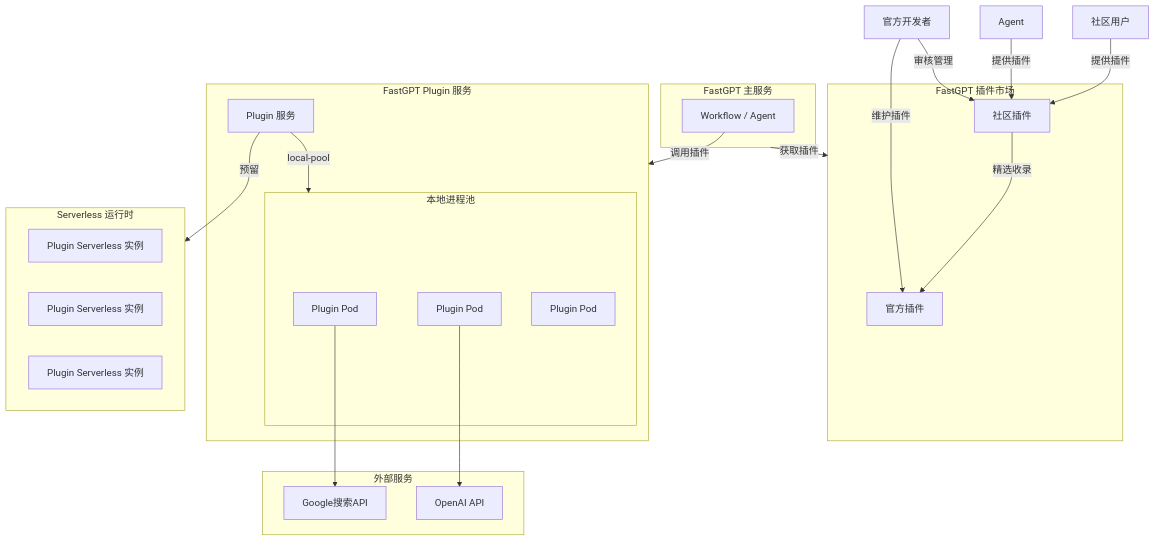
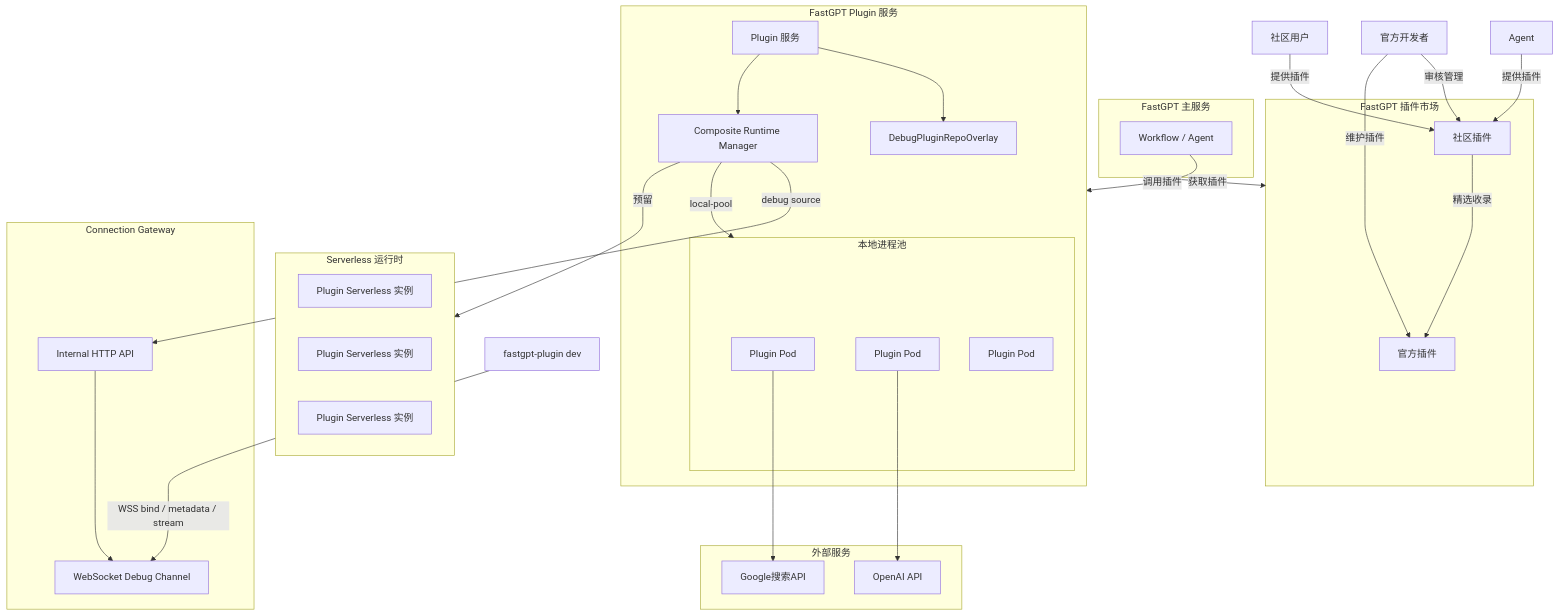
Before and after one commit to labring/fastgpt-plugin: the first of 2 diagrams in docs/dev/design.zh.md, drawn with Mermaid. The commit also changed other lines of this file and 111 other files, not shown here.

````diff
--- a/docs/dev/design.zh.md
+++ b/docs/dev/design.zh.md
@@ -30,49 +34,63 @@
 ```mermaid
 flowchart TB
     subgraph Marketplace["FastGPT 插件市场"]
         Official["官方插件"]
         Community["社区插件"]
         Community --> |精选收录| Official
     end
 
     CommunityUser["社区用户"]
     Maintainer["官方开发者"]
     Agent["Agent"]
 
     CommunityUser -->|提供插件| Community
     Agent --> |提供插件| Community
     Maintainer --> |审核管理| Community
     Maintainer -->|维护插件| Official
 
     subgraph FastGPT["FastGPT 主服务"]
         Workflow["Workflow / Agent"]
     end
 
     subgraph Plugin["FastGPT Plugin 服务"]
         PluginServer["Plugin 服务"]
+        DebugOverlay["DebugPluginRepoOverlay"]
+        RuntimeRouter["Composite Runtime Manager"]
         subgraph ProcessPool["本地进程池"]
             PluginProcess["Plugin Pod"]
             PluginProcess2["Plugin Pod"]
             PluginProcess3["Plugin Pod"]
         end
     end
+
+    subgraph Gateway["Connection Gateway"]
+        GatewayHTTP["Internal HTTP API"]
+        GatewayWS["WebSocket Debug Channel"]
+    end
+
+    LocalCLI["fastgpt-plugin dev"]
 
     subgraph Serverless["Serverless 运行时"]
         PluginServerless["Plugin Serverless 实例"]
         PluginServerless2["Plugin Serverless 实例"]
         PluginServerless3["Plugin Serverless 实例"]
     end
 
     subgraph External["外部服务"]
         Google["Google搜索API"]
         OpenAI["OpenAI API"]
     end
 
     Workflow -->|调用插件| Plugin
     FastGPT -->|获取插件| Marketplace
 
-    PluginServer -->|local-pool| ProcessPool
-    PluginServer -->|预留| Serverless
+    PluginServer --> DebugOverlay
+    PluginServer --> RuntimeRouter
+    RuntimeRouter -->|local-pool| ProcessPool
+    RuntimeRouter -->|debug source| GatewayHTTP
+    LocalCLI -->|WSS bind / metadata / stream| GatewayWS
+    GatewayHTTP --> GatewayWS
+    RuntimeRouter -->|预留| Serverless
     PluginProcess --> Google
     PluginProcess2 --> OpenAI
 ```
````
